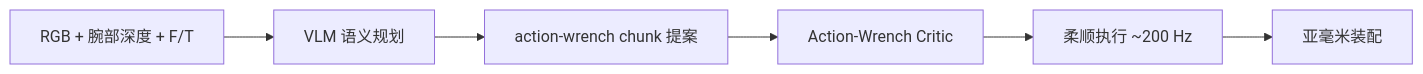
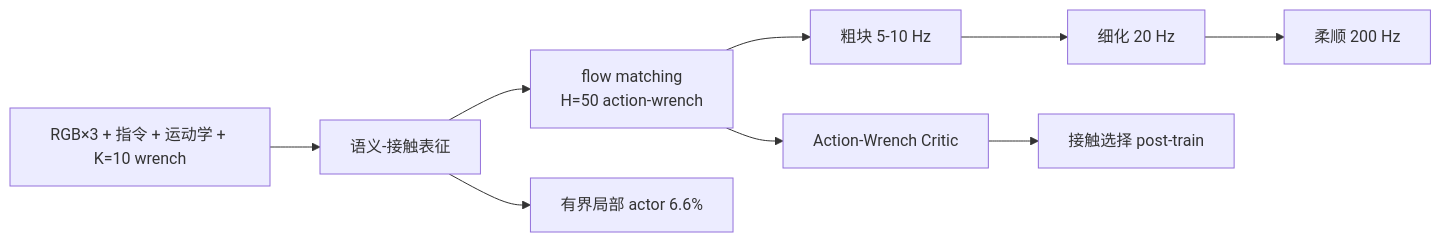
One commit to ImChong/Robotics_Notebooks changed the diagram in wiki/entities/paper-facet-0.md. Above: the diagram before and after it, drawn with Mermaid. The commit also changed other lines of this file and 32 other files, not shown here.

````diff
--- a/wiki/entities/paper-facet-0.md
+++ b/wiki/entities/paper-facet-0.md
@@ -62,8 +65,11 @@
 ```mermaid
 flowchart LR
-  obs[RGB + 腕部深度 + F/T] --> vlm[VLM 语义规划]
-  vlm --> prop[action-wrench chunk 提案]
+  obs[RGB×3 + 指令 + 运动学 + K=10 wrench] --> h[语义-接触表征]
+  h --> prop[flow matching\nH=50 action-wrench]
+  prop --> coarse[粗块 5-10 Hz]
+  coarse --> fine[细化 20 Hz]
+  fine --> comp[柔顺 200 Hz]
   prop --> critic[Action-Wrench Critic]
-  critic --> exec[柔顺执行 ~200 Hz]
-  exec --> asm[亚毫米装配]
+  critic --> post[接触选择 post-train]
+  h --> local[有界局部 actor 6.6%]
 ```
````
